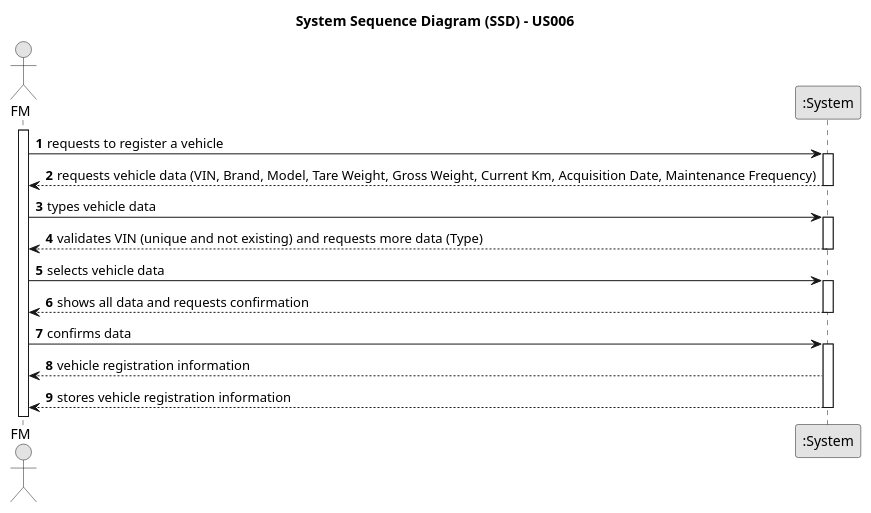
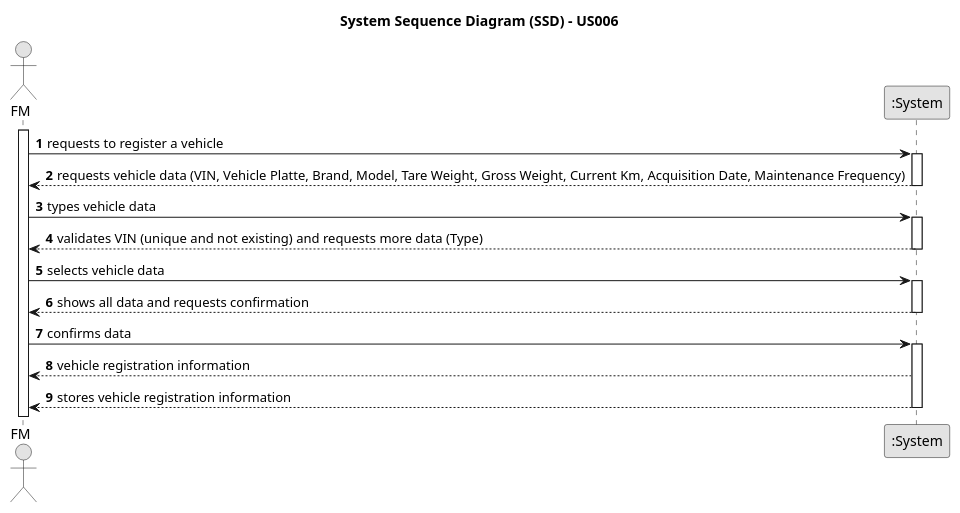
The diagram in docs/sprintA/us006/01.requirements-engineering/puml/us006-system-sequence-diagram-alternative-one.puml (ricardomm7/leaflink), drawn with PlantUML before and after one commit. The commit also changed 5 other files, not shown here.

```diff
--- a/docs/sprintA/us006/01.requirements-engineering/puml/us006-system-sequence-diagram-alternative-one.puml
+++ b/docs/sprintA/us006/01.requirements-engineering/puml/us006-system-sequence-diagram-alternative-one.puml
@@ -1,40 +1,40 @@
 @startuml
 skinparam monochrome true
 skinparam packageStyle rectangle
 skinparam shadowing false
 
 title System Sequence Diagram (SSD) - US006
 
 autonumber
 
 actor "FM" as FM
 participant ":System" as System
 
 activate FM
 
     FM -> System : requests to register a vehicle
     activate System
 
-        System --> FM : requests vehicle data (VIN, Brand, Model, Tare Weight, Gross Weight, Current Km, Acquisition Date, Maintenance Frequency)
+        System --> FM : requests vehicle data (VIN, Vehicle Platte, Brand, Model, Tare Weight, Gross Weight, Current Km, Acquisition Date, Maintenance Frequency)
     deactivate System
 
     FM -> System : types vehicle data
     activate System
 
         System --> FM : validates VIN (unique and not existing) and requests more data (Type)
     deactivate System
 
     FM -> System : selects vehicle data
         activate System
 
         System --> FM : shows all data and requests confirmation
     deactivate System
 
     FM -> System : confirms data
     activate System
 
         System --> FM :  vehicle registration information
         System --> FM : stores vehicle registration information
     deactivate System
 
 @enduml
```
